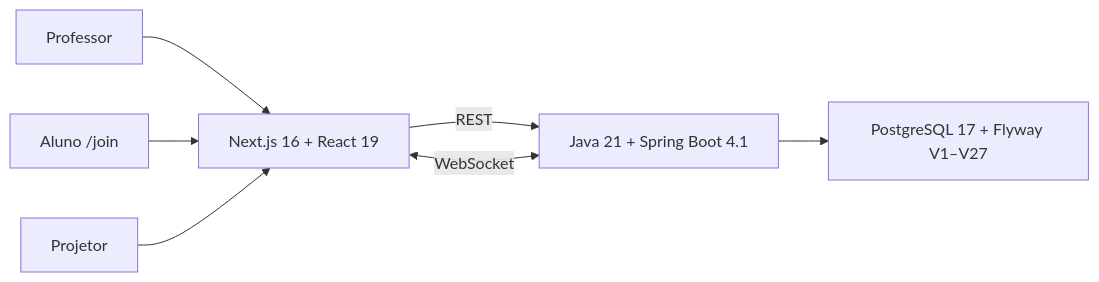
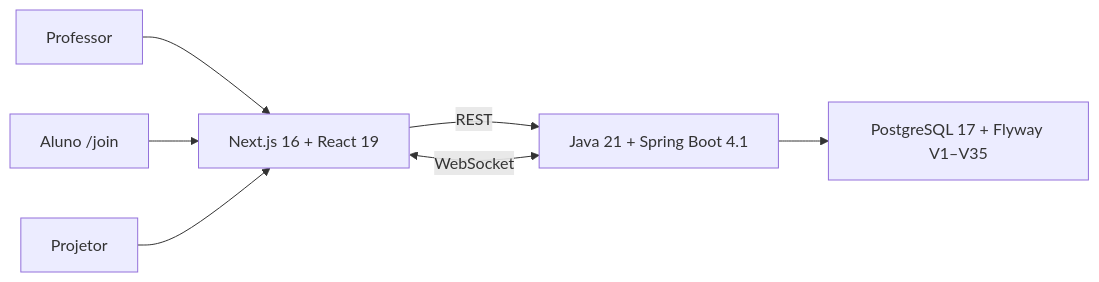
The diagram in README.md (wesscosta/arena-dev), drawn with Mermaid before and after one commit. The commit also changed other lines of this file and 168 other files, not shown here.

````diff
--- a/README.md
+++ b/README.md
@@ -113,9 +113,9 @@
 ```mermaid
 flowchart LR
     T["Professor"] --> F["Next.js 16 + React 19"]
     S["Aluno /join"] --> F
     P["Projetor"] --> F
     F -->|"REST"| B["Java 21 + Spring Boot 4.1"]
     F <-->|"WebSocket"| B
-    B --> D["PostgreSQL 17 + Flyway V1–V27"]
+    B --> D["PostgreSQL 17 + Flyway V1–V35"]
 ```
````
